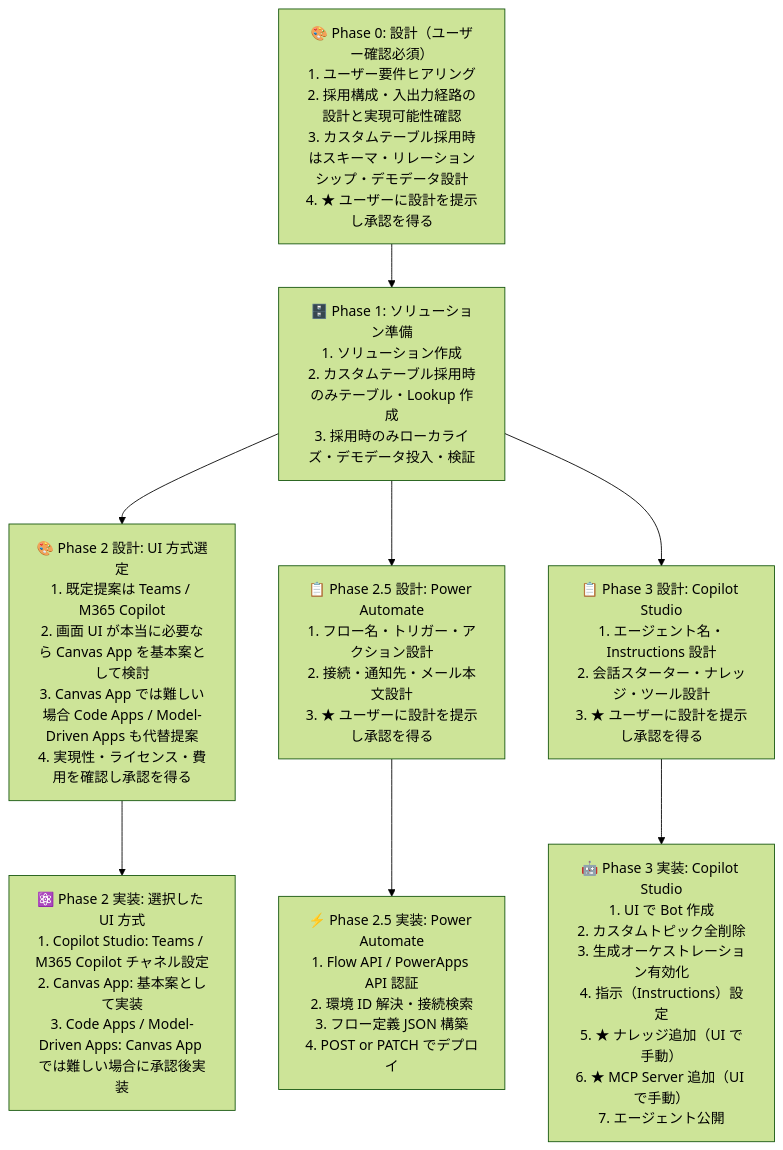
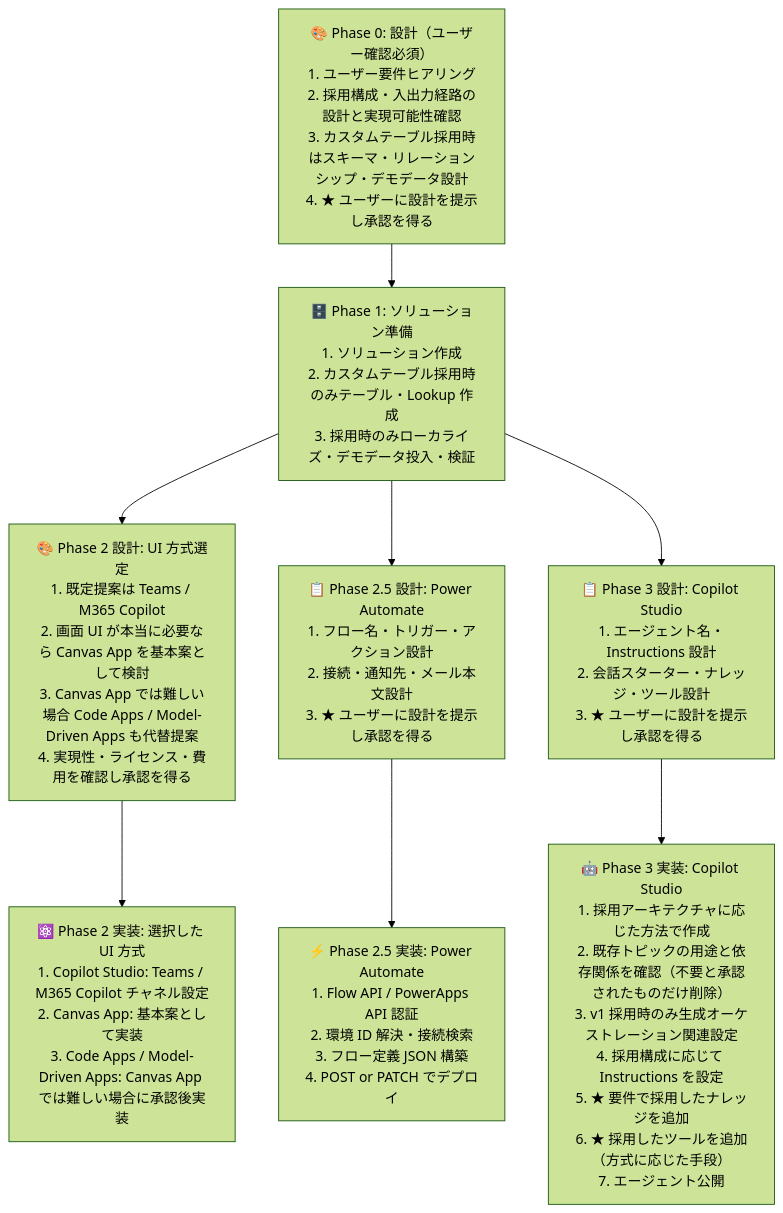
The diagram in .github/skills/standard/references/power-platform-development-standard.md (avenir-japan/Master_CodeAppsDevelopmentStandard), drawn with Mermaid (forest theme) before and after one commit. The commit also changed other lines of this file and 32 other files, not shown here.

````diff
--- a/.github/skills/standard/references/power-platform-development-standard.md
+++ b/.github/skills/standard/references/power-platform-development-standard.md
@@ -1528,23 +1528,23 @@
 ```mermaid
 flowchart TD
     P0["🎨 Phase 0: 設計（ユーザー確認必須）\n1. ユーザー要件ヒアリング\n2. 採用構成・入出力経路の設計と実現可能性確認\n3. カスタムテーブル採用時はスキーマ・リレーションシップ・デモデータ設計\n4. ★ ユーザーに設計を提示し承認を得る"]
 
     P1["🗄️ Phase 1: ソリューション準備\n1. ソリューション作成\n2. カスタムテーブル採用時のみテーブル・Lookup 作成\n3. 採用時のみローカライズ・デモデータ投入・検証"]
 
     P2D["🎨 Phase 2 設計: UI 方式選定\n1. 既定提案は Teams / M365 Copilot\n2. 画面 UI が本当に必要なら Canvas App を基本案として検討\n3. Canvas App では難しい場合 Code Apps / Model-Driven Apps も代替提案\n4. 実現性・ライセンス・費用を確認し承認を得る"]
 
     P2["⚛️ Phase 2 実装: 選択した UI 方式\n1. Copilot Studio: Teams / M365 Copilot チャネル設定\n2. Canvas App: 基本案として実装\n3. Code Apps / Model-Driven Apps: Canvas App では難しい場合に承認後実装"]
 
     P25D["📋 Phase 2.5 設計: Power Automate\n1. フロー名・トリガー・アクション設計\n2. 接続・通知先・メール本文設計\n3. ★ ユーザーに設計を提示し承認を得る"]
 
     P25["⚡ Phase 2.5 実装: Power Automate\n1. Flow API / PowerApps API 認証\n2. 環境 ID 解決・接続検索\n3. フロー定義 JSON 構築\n4. POST or PATCH でデプロイ"]
 
     P3D["📋 Phase 3 設計: Copilot Studio\n1. エージェント名・Instructions 設計\n2. 会話スターター・ナレッジ・ツール設計\n3. ★ ユーザーに設計を提示し承認を得る"]
 
-    P3["🤖 Phase 3 実装: Copilot Studio\n1. UI で Bot 作成\n2. カスタムトピック全削除\n3. 生成オーケストレーション有効化\n4. 指示（Instructions）設定\n5. ★ ナレッジ追加（UI で手動）\n6. ★ MCP Server 追加（UI で手動）\n7. エージェント公開"]
+    P3["🤖 Phase 3 実装: Copilot Studio\n1. 採用アーキテクチャに応じた方法で作成\n2. 既存トピックの用途と依存関係を確認（不要と承認されたものだけ削除）\n3. v1 採用時のみ生成オーケストレーション関連設定\n4. 採用構成に応じて Instructions を設定\n5. ★ 要件で採用したナレッジを追加\n6. ★ 採用したツールを追加（方式に応じた手段）\n7. エージェント公開"]
 
     P0 --> P1
     P1 --> P2D --> P2
     P1 --> P25D --> P25
     P1 --> P3D --> P3
 ```
````
